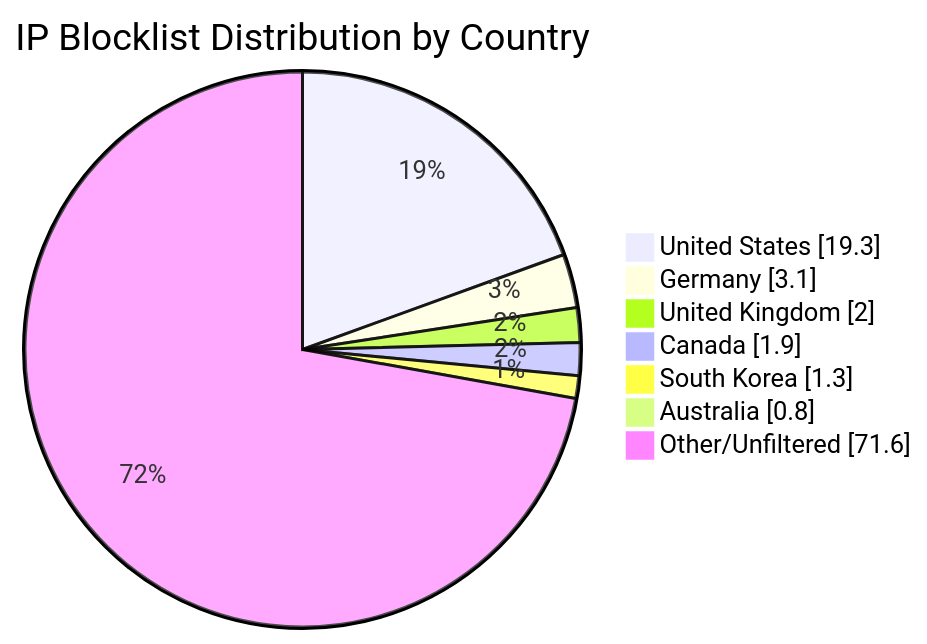
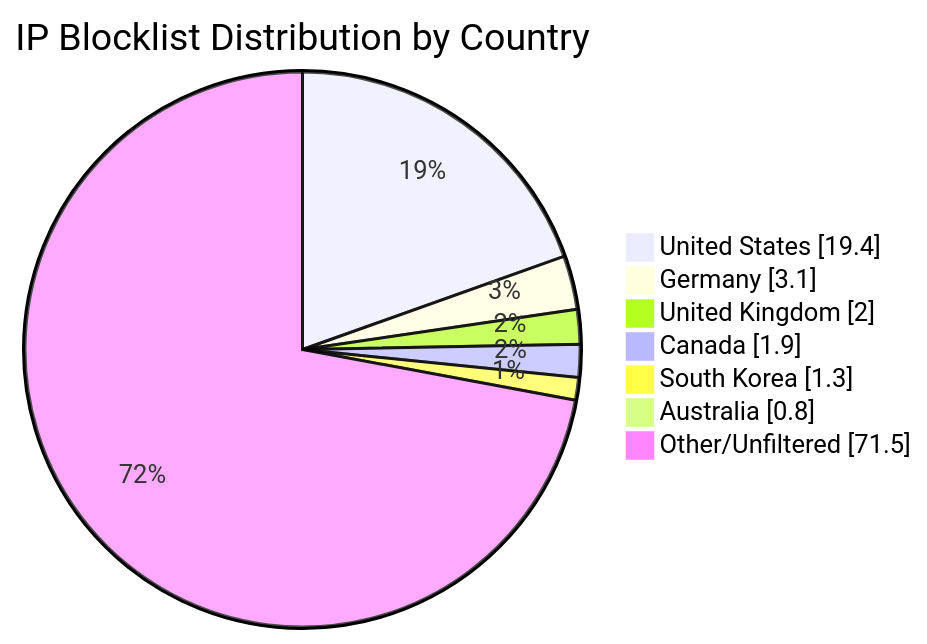
Before and after one commit to MarcusHoltz/ipblocklist-geofiltered-aggregator: the diagram in README.md, drawn with Mermaid. The commit also changed other lines of this file and 9 other files, not shown here.

````diff
--- a/README.md
+++ b/README.md
@@ -34,10 +34,10 @@
 ```mermaid
 pie showData title IP Blocklist Distribution by Country
-"United States" : 19.3
+"United States" : 19.4
 "Germany" : 3.1
 "United Kingdom" : 2.0
 "Canada" : 1.9
 "South Korea" : 1.3
 "Australia" : 0.8
-"Other/Unfiltered" : 71.6
+"Other/Unfiltered" : 71.5
 ```
````
